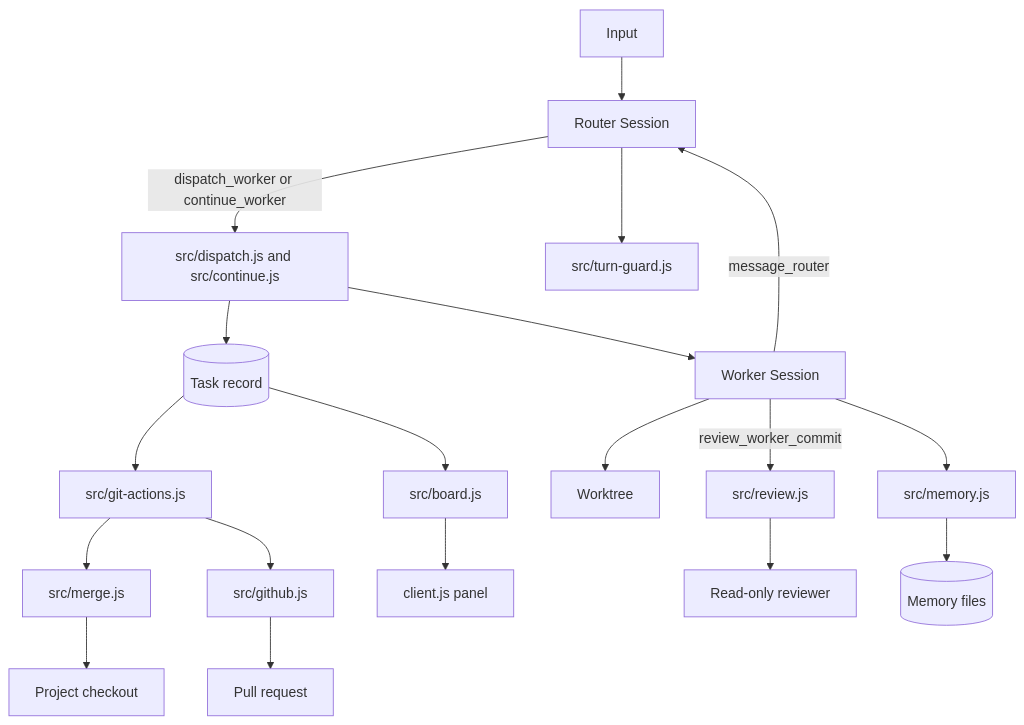
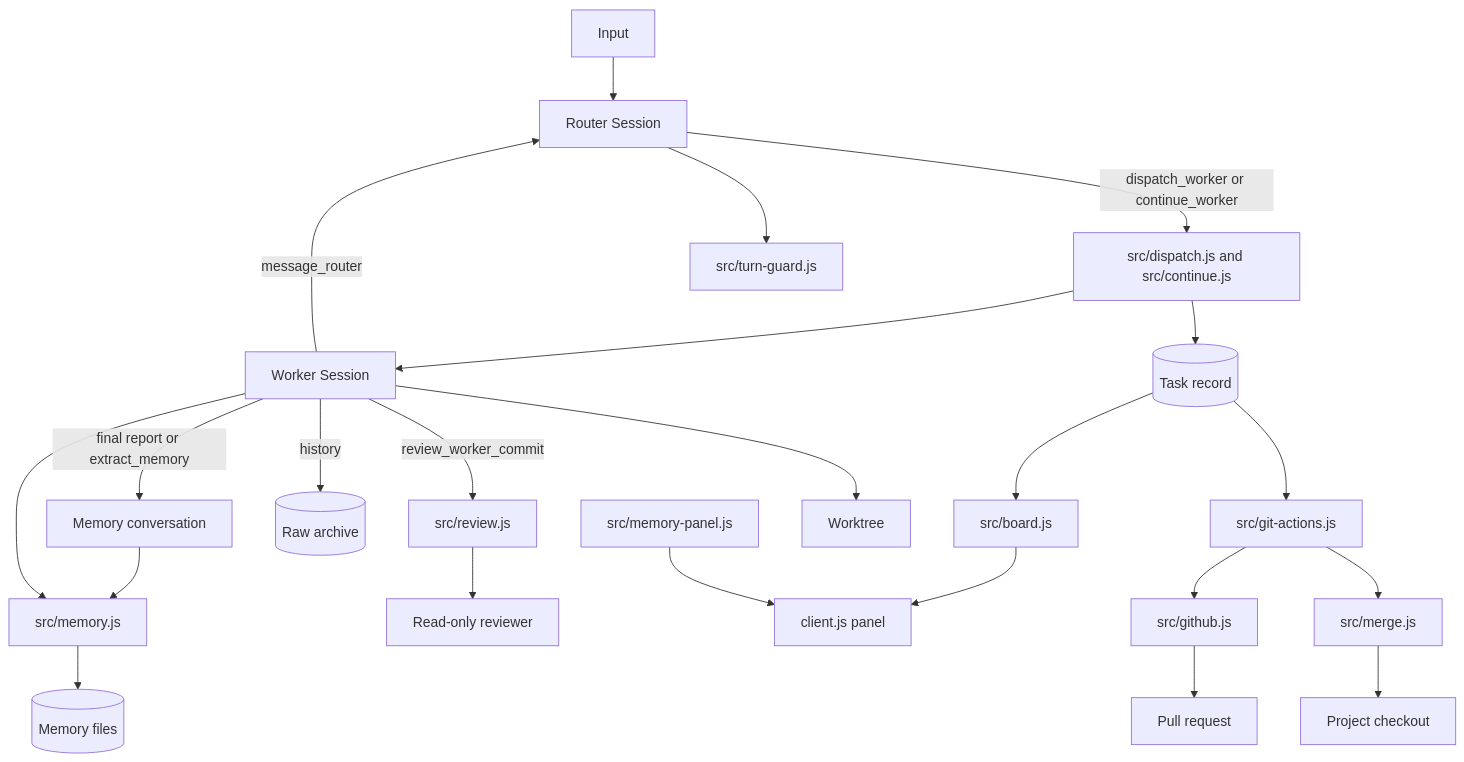
The diagram in docs/007-architecture.md (LMQ00/superagent-lite), drawn with Mermaid before and after one commit. The commit also changed other lines of this file and 26 other files, not shown here.

````diff
--- a/docs/007-architecture.md
+++ b/docs/007-architecture.md
@@ -9,21 +9,25 @@
 ```mermaid
 flowchart TB
   U[Input] --> R[Router Session]
   R -->|dispatch_worker or continue_worker| D[src/dispatch.js and src/continue.js]
   D --> T[(Task record)]
   D --> W[Worker Session]
   W --> WT[Worktree]
   W -->|review_worker_commit| RV[src/review.js]
   RV --> HR[Read-only reviewer]
   W -->|message_router| R
   T --> G[src/git-actions.js]
   G --> M[src/merge.js]
   G --> GH[src/github.js]
   M --> P[Project checkout]
   GH --> PR[Pull request]
   T --> B[src/board.js]
   B --> C[client.js panel]
+  MP[src/memory-panel.js] --> C
   R --> TG[src/turn-guard.js]
+  W -->|history| RA[(Raw archive)]
+  W -->|final report or extract_memory| ME[Memory conversation]
+  ME --> MS[src/memory.js]
   W --> MS[src/memory.js]
   MS --> MF[(Memory files)]
 ```
````
